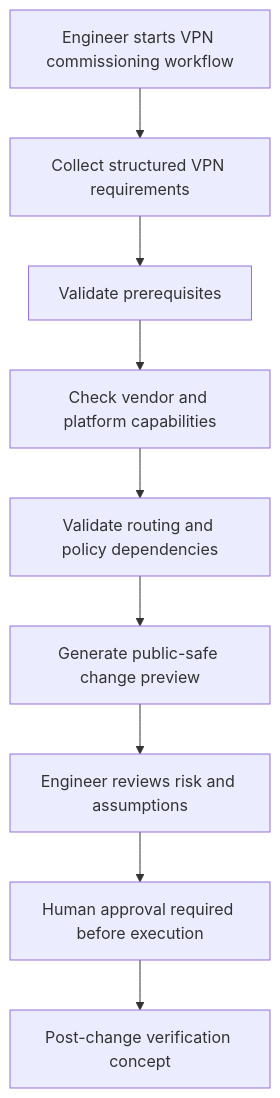
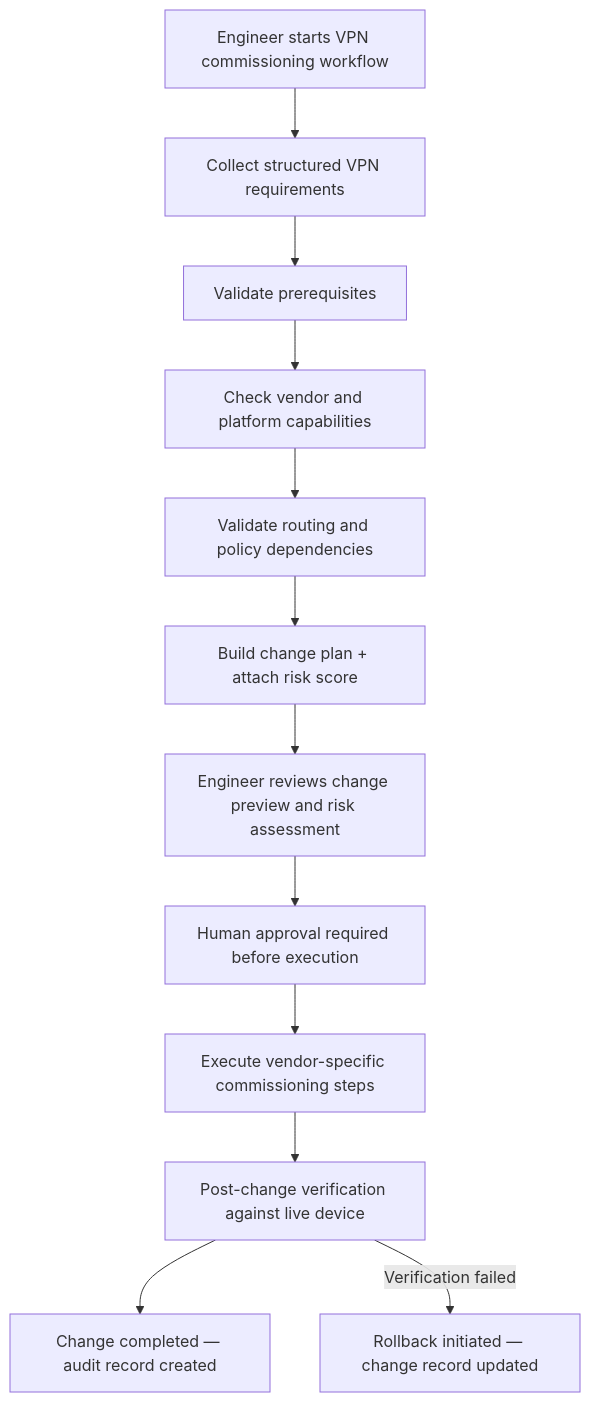
One commit to dazgour/synapse-optical-docs changed the diagram in workflows/route-based-vpn-commissioning.md. Above: the diagram before and after it, drawn with Mermaid. The commit also changed other lines of this file, not shown here.

````diff
--- a/workflows/route-based-vpn-commissioning.md
+++ b/workflows/route-based-vpn-commissioning.md
@@ -47,11 +45,14 @@
 ```mermaid
 flowchart TD
     A["Engineer starts VPN commissioning workflow"] --> B["Collect structured VPN requirements"]
     B --> C["Validate prerequisites"]
     C --> D["Check vendor and platform capabilities"]
     D --> E["Validate routing and policy dependencies"]
-    E --> F["Generate public-safe change preview"]
-    F --> G["Engineer reviews risk and assumptions"]
+    E --> F["Build change plan + attach risk score"]
+    F --> G["Engineer reviews change preview and risk assessment"]
     G --> H["Human approval required before execution"]
-    H --> I["Post-change verification concept"]
+    H --> I["Execute vendor-specific commissioning steps"]
+    I --> J["Post-change verification against live device"]
+    J --> K["Change completed — audit record created"]
+    J -->|"Verification failed"| L["Rollback initiated — change record updated"]
 ```
````
